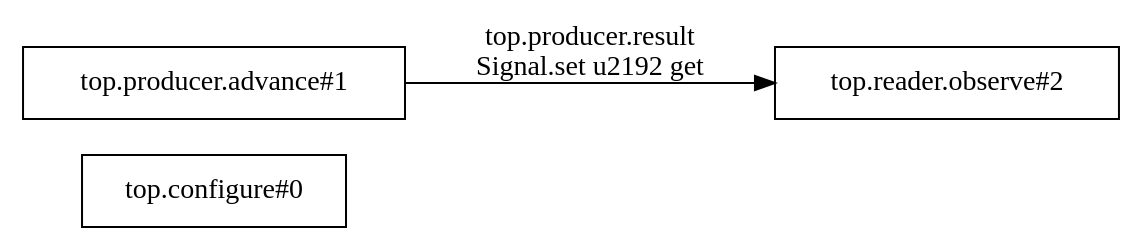
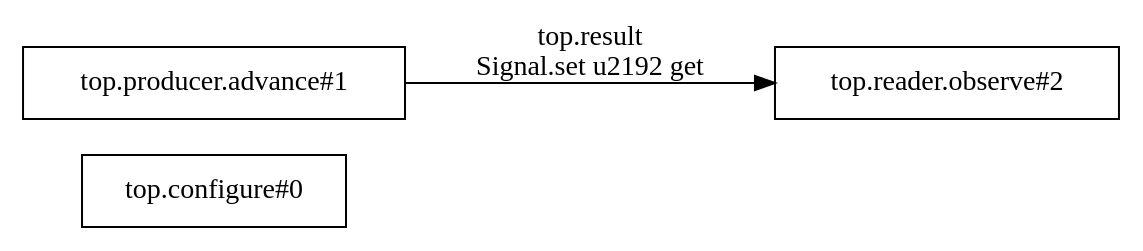
Before and after one commit to PTO-ISA/pyCircuit: the diagram in pycircuit/builds/signal_link/rule-graph.dot, drawn with Graphviz. The commit also changed 64 other files, not shown here.

```diff
--- a/pycircuit/builds/signal_link/rule-graph.dot
+++ b/pycircuit/builds/signal_link/rule-graph.dot
@@ -1,8 +1,8 @@
 digraph Transactions {
   rankdir=LR;
   node [shape=box];
   t0 [label="top.configure#0"];
   t1 [label="top.producer.advance#1"];
   t2 [label="top.reader.observe#2"];
-  t1 -> t2 [label="top.producer.result\nSignal.set \u2192 get"];
+  t1 -> t2 [label="top.result\nSignal.set \u2192 get"];
 }
```
